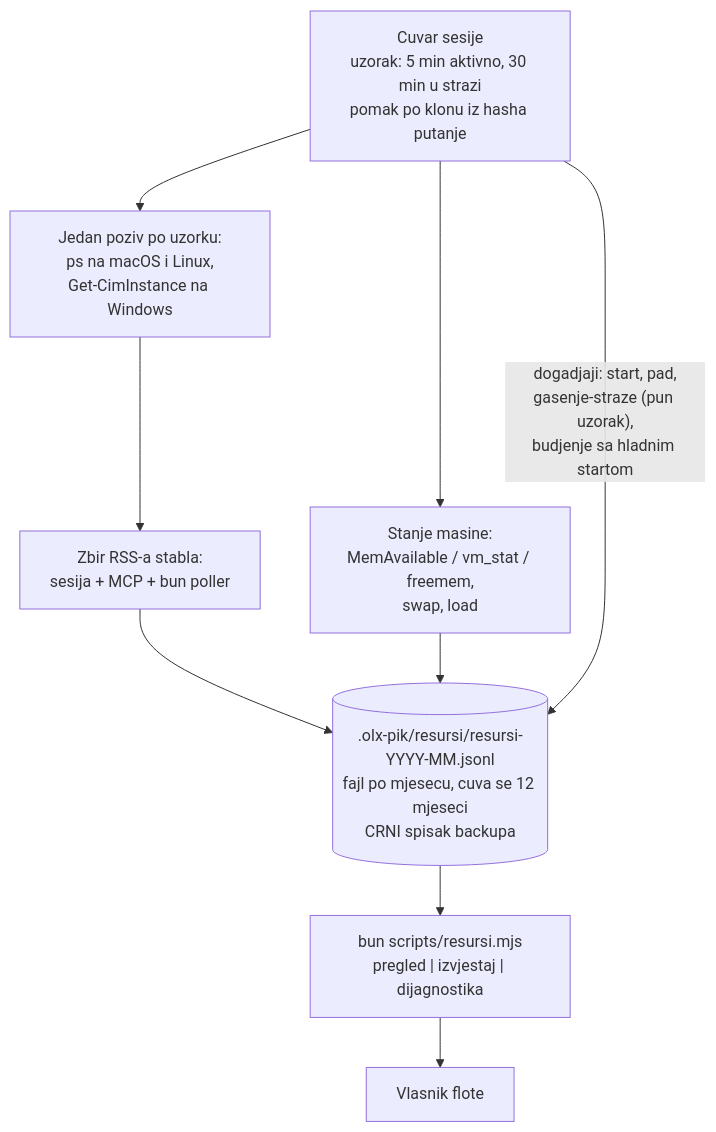
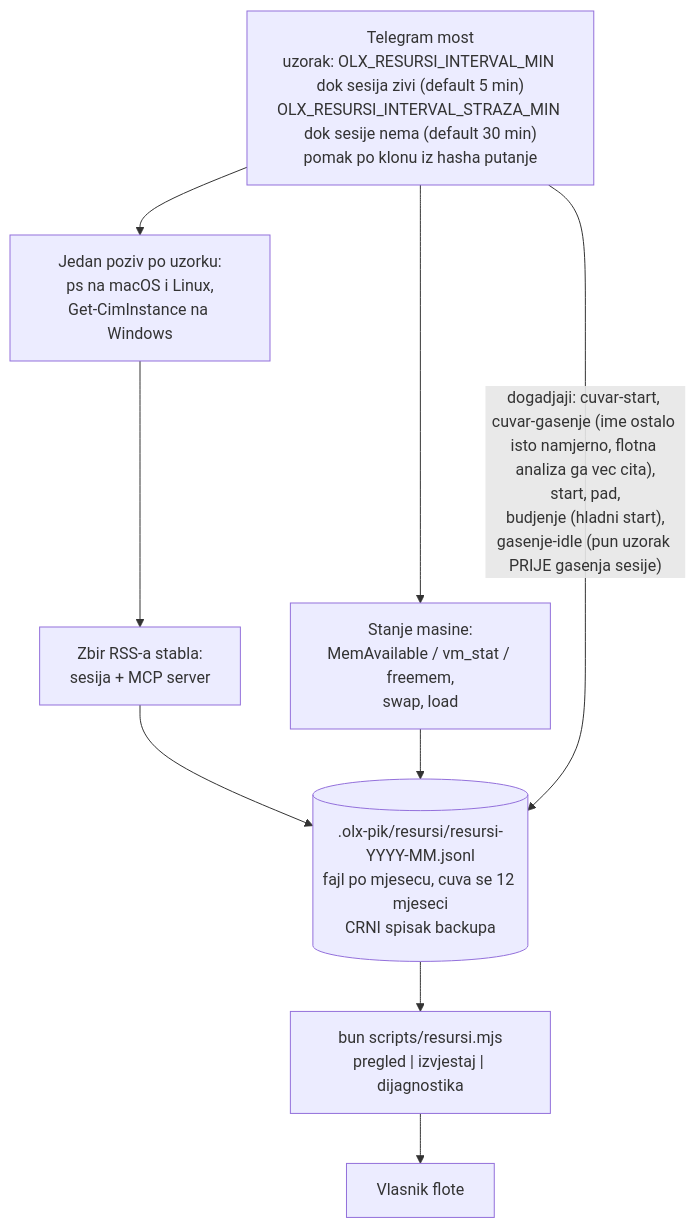
The eighth of 8 diagrams in olx-dokumentacija/arhitektura.md (mob-dev-org/olx-mcp-api), drawn with Mermaid before and after one commit. The commit also changed other lines of this file and 34 other files, not shown here.

First line of the commit message:
Penzionisan cuvar-sesije.mjs: most je jedini pogon

````diff
--- a/olx-dokumentacija/arhitektura.md
+++ b/olx-dokumentacija/arhitektura.md
@@ -520,15 +484,15 @@
 ```mermaid
 flowchart TB
-    cuvar["Cuvar sesije<br/>uzorak: 5 min aktivno, 30 min u strazi<br/>pomak po klonu iz hasha putanje"]
+    most["Telegram most<br/>uzorak: OLX_RESURSI_INTERVAL_MIN dok sesija zivi (default 5 min)<br/>OLX_RESURSI_INTERVAL_STRAZA_MIN dok sesije nema (default 30 min)<br/>pomak po klonu iz hasha putanje"]
     ps["Jedan poziv po uzorku:<br/>ps na macOS i Linux,<br/>Get-CimInstance na Windows"]
-    stablo["Zbir RSS-a stabla:<br/>sesija + MCP + bun poller"]
+    stablo["Zbir RSS-a stabla:<br/>sesija + MCP server"]
     masina["Stanje masine:<br/>MemAvailable / vm_stat / freemem,<br/>swap, load"]
     jsonl[(".olx-pik/resursi/resursi-YYYY-MM.jsonl<br/>fajl po mjesecu, cuva se 12 mjeseci<br/>CRNI spisak backupa")]
     cli["bun scripts/resursi.mjs<br/>pregled | izvjestaj | dijagnostika"]
     covjek["Vlasnik flote"]
 
-    cuvar --> ps --> stablo --> jsonl
-    cuvar --> masina --> jsonl
-    cuvar -->|"dogadjaji: start, pad,<br/>gasenje-straze (pun uzorak),<br/>budjenje sa hladnim startom"| jsonl
+    most --> ps --> stablo --> jsonl
+    most --> masina --> jsonl
+    most -->|"dogadjaji: cuvar-start, cuvar-gasenje (ime ostalo isto namjerno, flotna analiza ga vec cita),<br/>start, pad,<br/>budjenje (hladni start),<br/>gasenje-idle (pun uzorak PRIJE gasenja sesije)"| jsonl
     jsonl --> cli --> covjek
 ```
````
